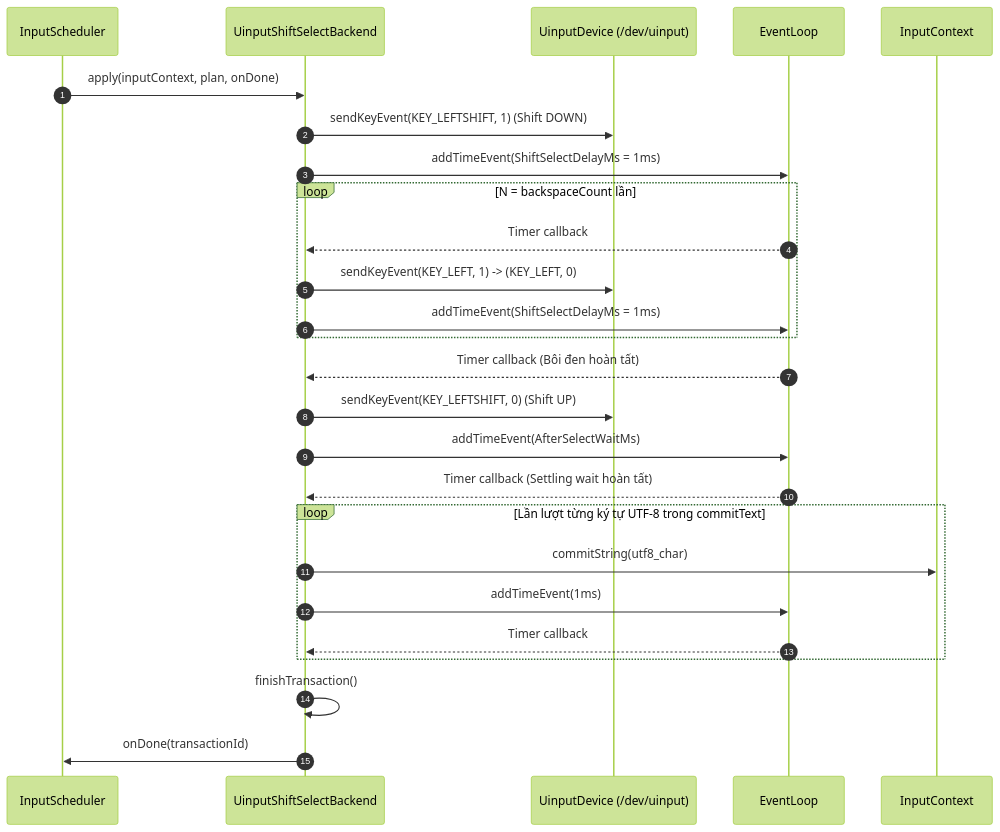
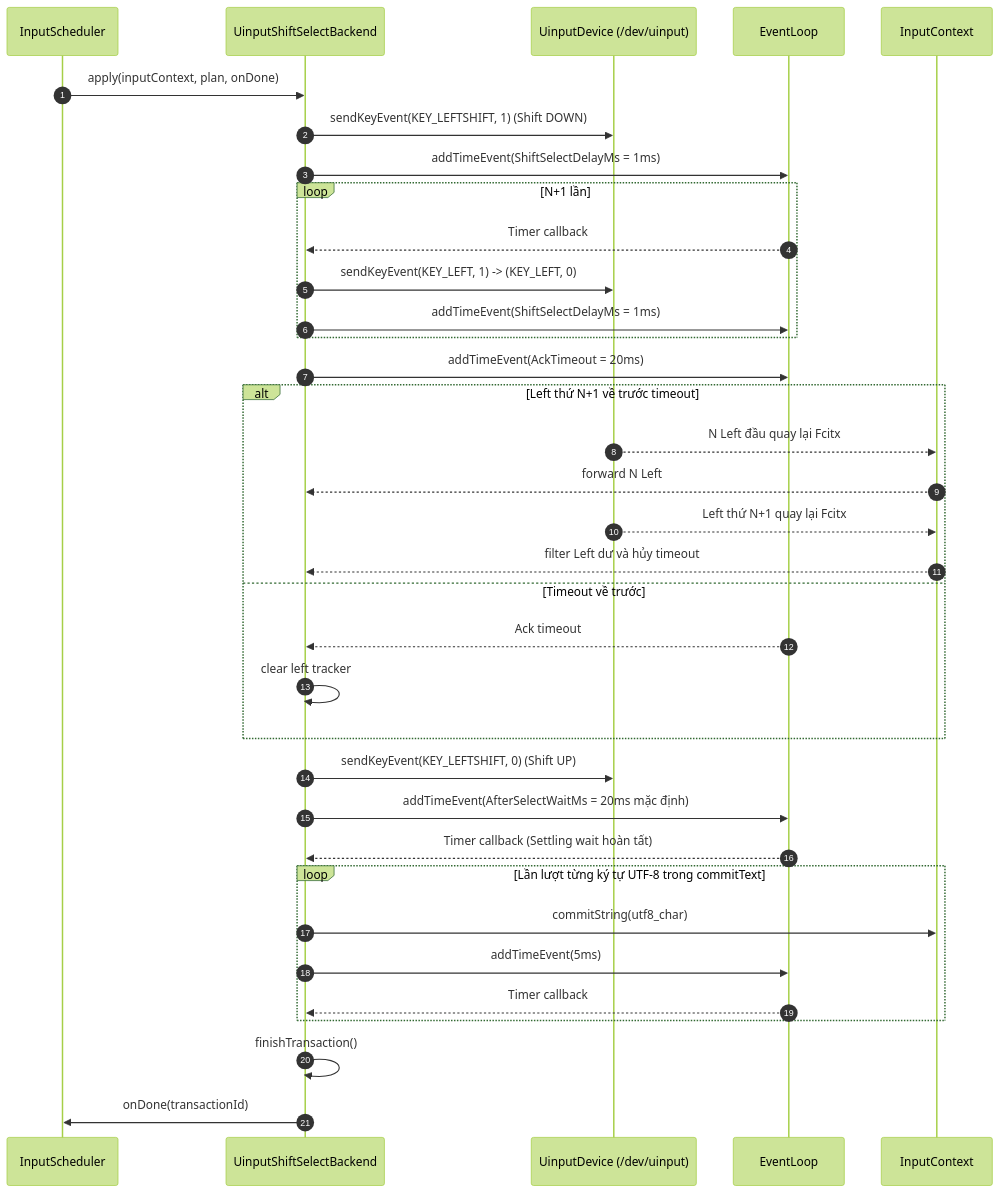
One commit to justanoobcoder/ArecaIME changed the third of 6 diagrams in docs/ARCHITECTURE.md. Above: the diagram before and after it, drawn with Mermaid (forest theme). The commit also changed other lines of this file and 17 other files, not shown here.

````diff
--- a/docs/ARCHITECTURE.md
+++ b/docs/ARCHITECTURE.md
@@ -319,34 +320,43 @@
 ```mermaid
 sequenceDiagram
     autonumber
     participant S as InputScheduler
     participant B as UinputShiftSelectBackend
     participant DEV as UinputDevice (/dev/uinput)
     participant EL as EventLoop
     participant IC as InputContext
 
     S->>B: apply(inputContext, plan, onDone)
     B->>DEV: sendKeyEvent(KEY_LEFTSHIFT, 1) (Shift DOWN)
     B->>EL: addTimeEvent(ShiftSelectDelayMs = 1ms)
     
-    loop N = backspaceCount lần
+    loop N+1 lần
         EL-->>B: Timer callback
         B->>DEV: sendKeyEvent(KEY_LEFT, 1) -> (KEY_LEFT, 0)
         B->>EL: addTimeEvent(ShiftSelectDelayMs = 1ms)
     end
-    
-    EL-->>B: Timer callback (Bôi đen hoàn tất)
+
+    B->>EL: addTimeEvent(AckTimeout = 20ms)
+    alt Left thứ N+1 về trước timeout
+        DEV-->>IC: N Left đầu quay lại Fcitx
+        IC-->>B: forward N Left
+        DEV-->>IC: Left thứ N+1 quay lại Fcitx
+        IC-->>B: filter Left dư và hủy timeout
+    else Timeout về trước
+        EL-->>B: Ack timeout
+        B->>B: clear left tracker
+    end
     B->>DEV: sendKeyEvent(KEY_LEFTSHIFT, 0) (Shift UP)
-    B->>EL: addTimeEvent(AfterSelectWaitMs)
+    B->>EL: addTimeEvent(AfterSelectWaitMs = 20ms mặc định)
     
     EL-->>B: Timer callback (Settling wait hoàn tất)
     
     loop Lần lượt từng ký tự UTF-8 trong commitText
         B->>IC: commitString(utf8_char)
-        B->>EL: addTimeEvent(1ms)
+        B->>EL: addTimeEvent(5ms)
         EL-->>B: Timer callback
     end
     
     B->>B: finishTransaction()
     B->>S: onDone(transactionId)
 ```
````
